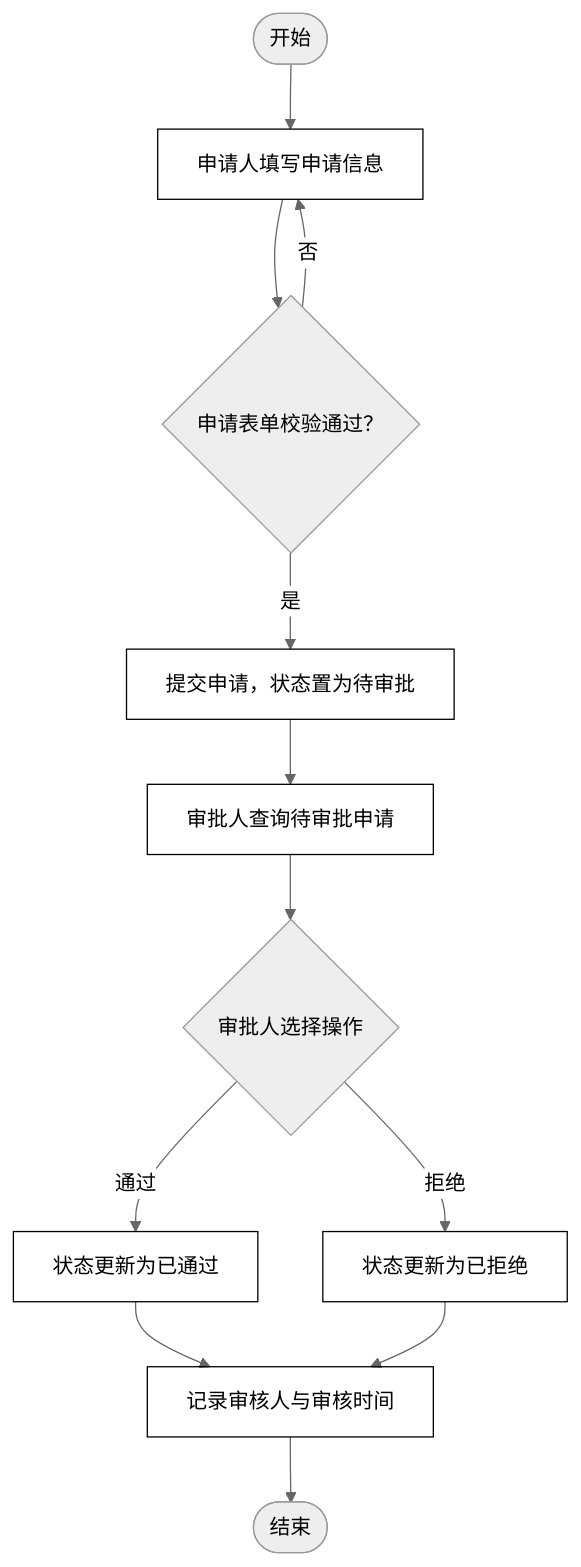
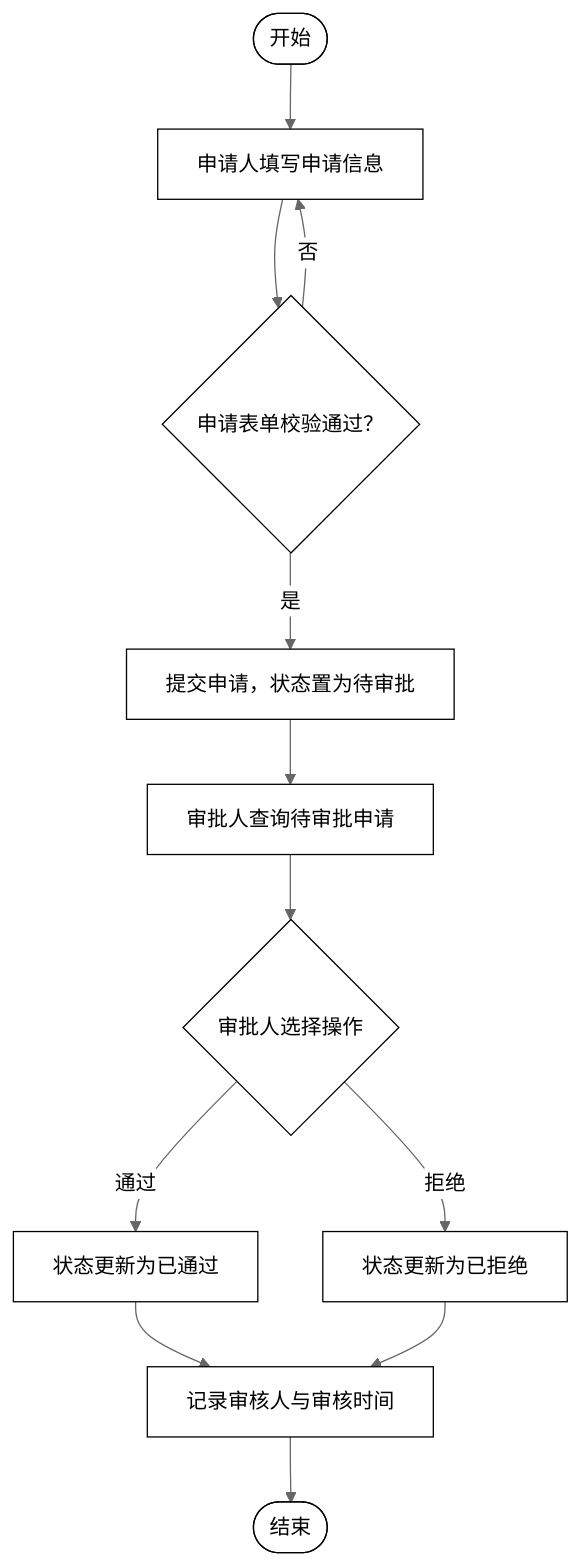
Diagram 15 of 24 in docs/功能需求分析与用例图.md (carl-Tu/campus-management), drawn with Mermaid (neutral theme) before and after one commit. The commit also changed other lines of this file, not shown here.

Commit message:
fix：图形统一白色背景黑色边框，样式覆盖全部节点

````diff
--- a/docs/功能需求分析与用例图.md
+++ b/docs/功能需求分析与用例图.md
@@ -535,17 +538,17 @@
 ```mermaid
 flowchart TD
   A(["开始"]) --> B["申请人填写申请信息"]
   B --> C{"申请表单校验通过？"}
   C -- 否 --> B
   C -- 是 --> D["提交申请，状态置为待审批"]
   D --> E["审批人查询待审批申请"]
   E --> F{"审批人选择操作"}
   F -- 通过 --> G["状态更新为已通过"]
   F -- 拒绝 --> H["状态更新为已拒绝"]
   G --> I["记录审核人与审核时间"]
   H --> I
   I --> J(["结束"])
 
-  classDef box fill:none,stroke:#000000,stroke-width:1px,color:#000000
-  class B,D,E,G,H,I box
+  classDef box fill:#ffffff,stroke:#000000,stroke-width:1px,color:#000000
+  class A,B,C,D,E,F,G,H,I,J box
 ```
````
